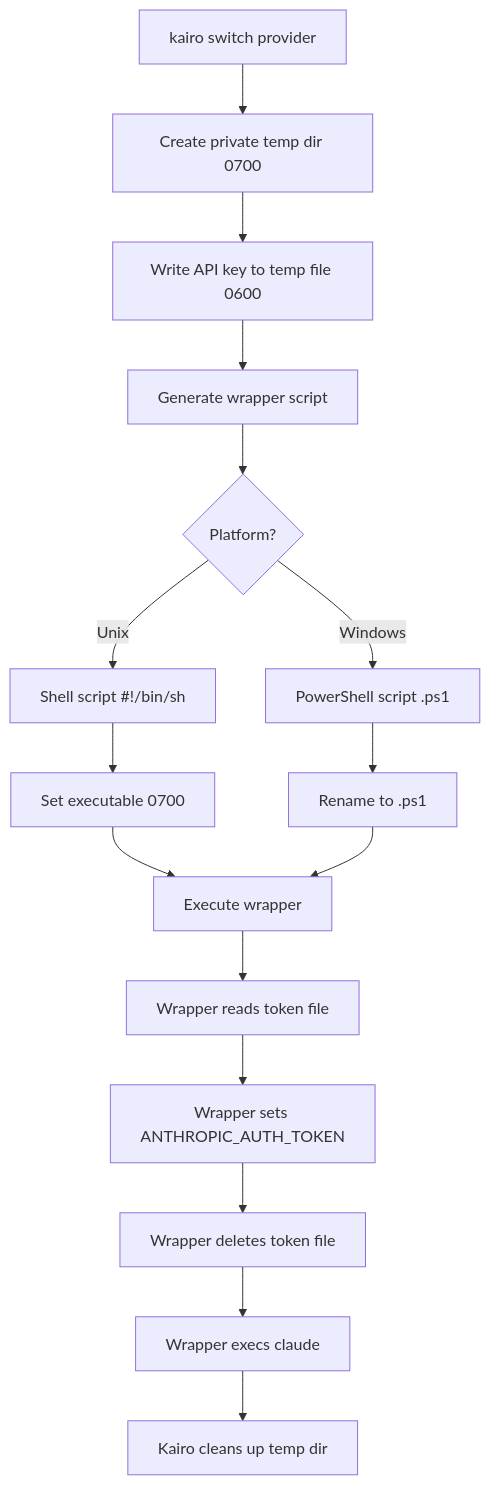
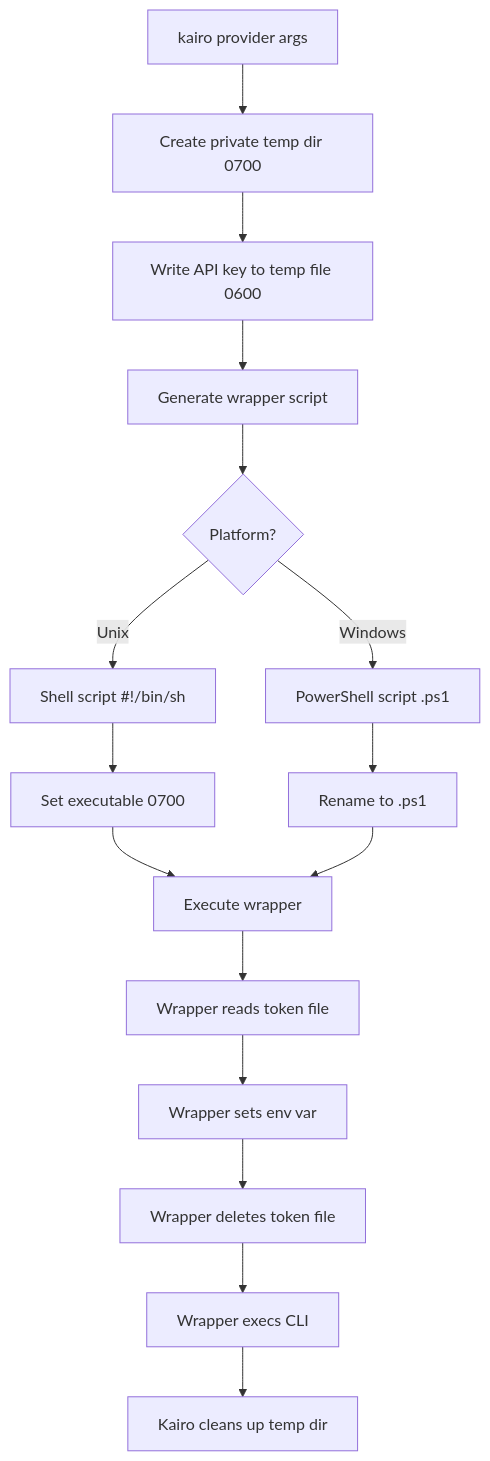
The diagram in docs/architecture/wrapper-scripts.md (dkmnx/kairo), drawn with Mermaid before and after one commit. The commit also changed other lines of this file and 5 other files, not shown here.

Commit message:
docs: update architecture, guides, and troubleshooting documentation

````diff
--- a/docs/architecture/wrapper-scripts.md
+++ b/docs/architecture/wrapper-scripts.md
@@ -50,18 +52,18 @@
 ```mermaid
 flowchart TB
-    A[kairo switch provider] --> B[Create private temp dir 0700]
+    A[kairo provider args] --> B[Create private temp dir 0700]
     B --> C[Write API key to temp file 0600]
     C --> D[Generate wrapper script]
     D --> E{Platform?}
     E -->|Unix| F[Shell script #!/bin/sh]
     E -->|Windows| G[PowerShell script .ps1]
     F --> H[Set executable 0700]
     G --> I[Rename to .ps1]
     H --> J[Execute wrapper]
     I --> J
     J --> K[Wrapper reads token file]
-    K --> L[Wrapper sets ANTHROPIC_AUTH_TOKEN]
+    K --> L[Wrapper sets env var]
     L --> M[Wrapper deletes token file]
-    M --> N[Wrapper execs claude]
+    M --> N[Wrapper execs CLI]
     N --> O[Kairo cleans up temp dir]
 ```
````
